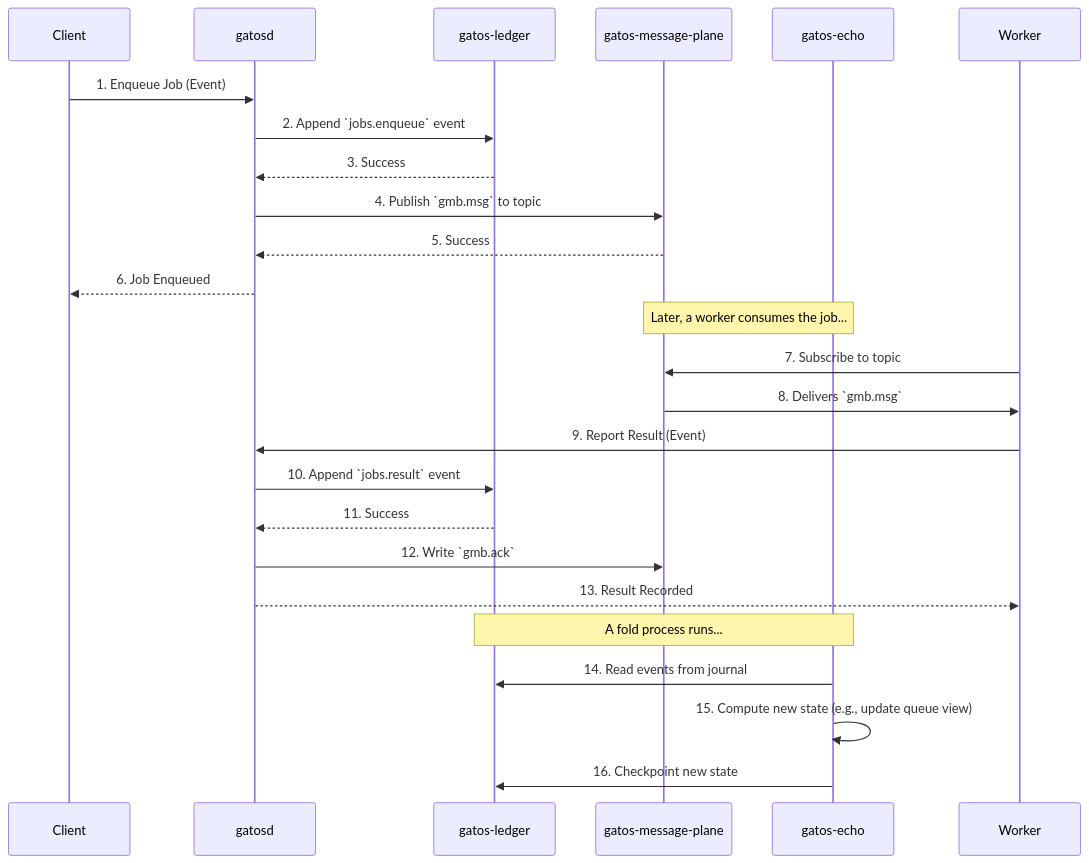
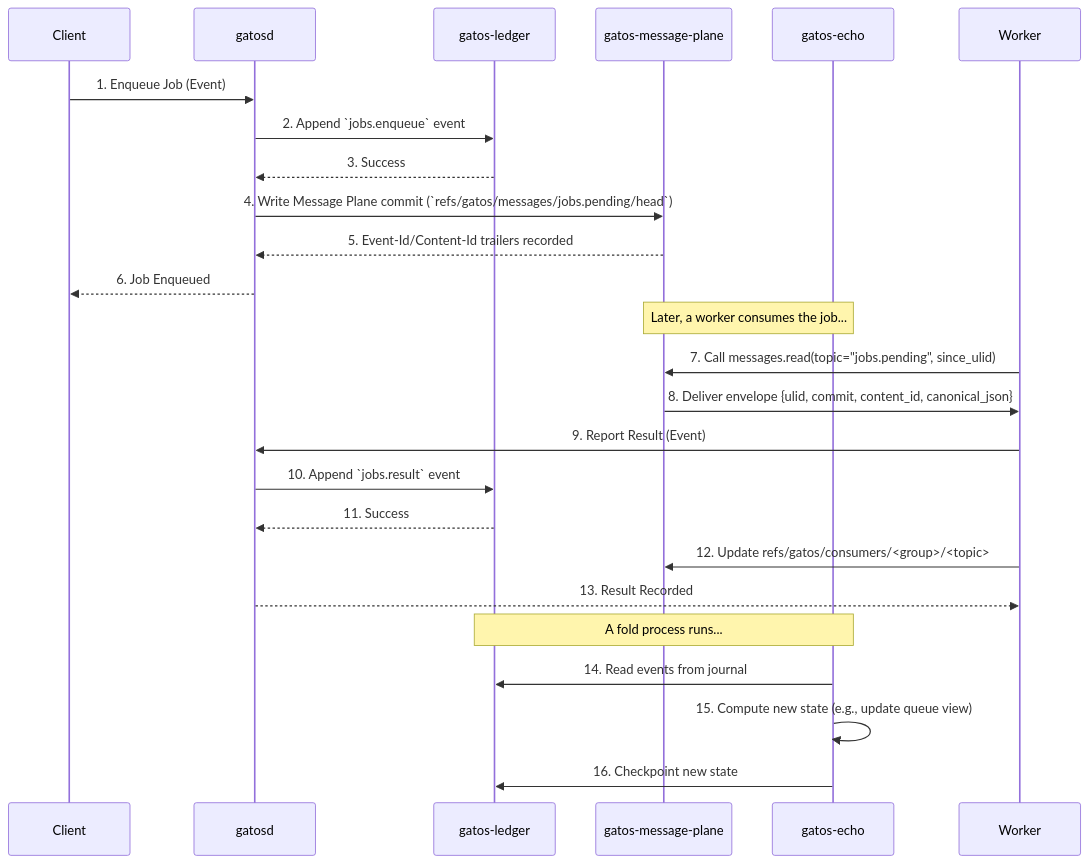
Diagram 19 of 21 in docs/SPEC.md (flyingrobots/gatos), drawn with Mermaid before and after one commit. The commit also changed other lines of this file and 14 other files, not shown here.

````diff
--- a/docs/SPEC.md
+++ b/docs/SPEC.md
@@ -1207,31 +1216,31 @@
 ```mermaid
 sequenceDiagram
     participant Client
     participant Daemon as gatosd
     participant Ledger as gatos-ledger
     participant Bus as gatos-message-plane
     participant State as gatos-echo
 
     Client->>Daemon: 1. Enqueue Job (Event)
     Daemon->>Ledger: 2. Append `jobs.enqueue` event
     Ledger-->>Daemon: 3. Success
-    Daemon->>Bus: 4. Publish `gmb.msg` to topic
-    Bus-->>Daemon: 5. Success
+    Daemon->>Bus: 4. Write Message Plane commit (`refs/gatos/messages/jobs.pending/head`)
+    Bus-->>Daemon: 5. Event-Id/Content-Id trailers recorded
     Daemon-->>Client: 6. Job Enqueued
 
     Note over Bus,State: Later, a worker consumes the job...
 
     participant Worker
-    Worker->>Bus: 7. Subscribe to topic
-    Bus->>Worker: 8. Delivers `gmb.msg`
+    Worker->>Bus: 7. Call messages.read(topic="jobs.pending", since_ulid)
+    Bus->>Worker: 8. Deliver envelope {ulid, commit, content_id, canonical_json}
     Worker->>Daemon: 9. Report Result (Event)
     Daemon->>Ledger: 10. Append `jobs.result` event
     Ledger-->>Daemon: 11. Success
-    Daemon->>Bus: 12. Write `gmb.ack`
+    Worker->>Bus: 12. Update refs/gatos/consumers/<group>/<topic>
     Daemon-->>Worker: 13. Result Recorded
 
     Note over Ledger,State: A fold process runs...
     State->>Ledger: 14. Read events from journal
     State->>State: 15. Compute new state (e.g., update queue view)
     State->>Ledger: 16. Checkpoint new state
 ```
````
